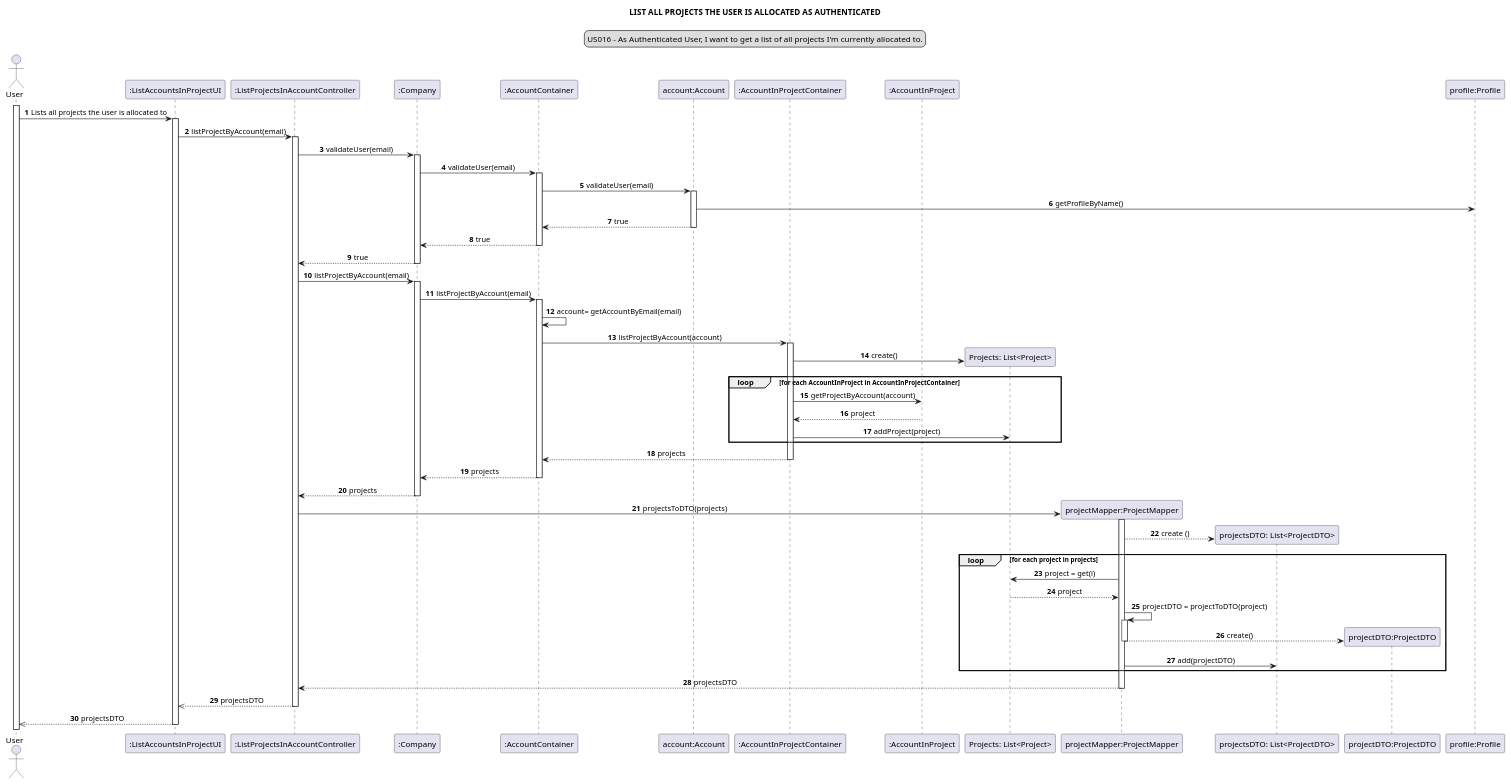
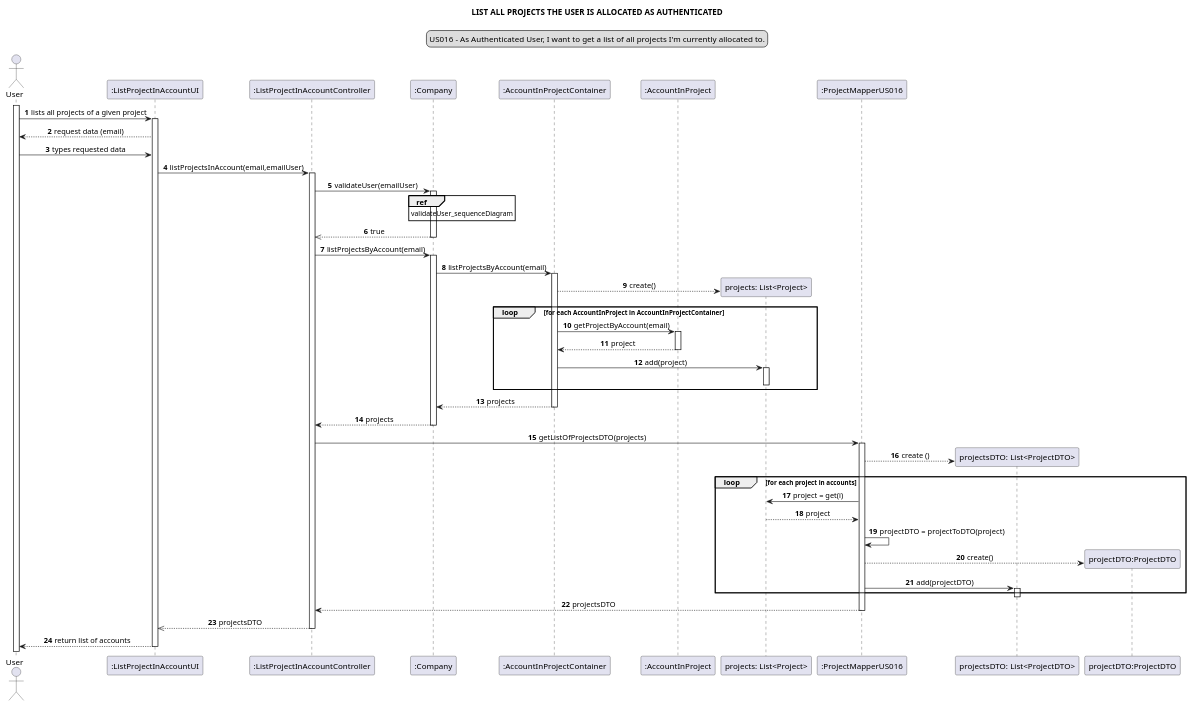
The diagram in docs/modelling_design/user_stories/sprint02/us016/US016_sequenceDiagram.puml (Loracline/project_switch_22-23), drawn with PlantUML before and after one commit. The commit also changed 2 other files, not shown here.

Commit message:
US016:Design: Class Diagram and Sequence Diagram Refinement;

```diff
--- a/docs/modelling_design/user_stories/sprint02/us016/US016_sequenceDiagram.puml
+++ b/docs/modelling_design/user_stories/sprint02/us016/US016_sequenceDiagram.puml
@@ -1,89 +1,69 @@
 @startuml
 skinparam sequenceMessageAlign center
 title LIST ALL PROJECTS THE USER IS ALLOCATED AS AUTHENTICATED
 legend top
 US016 - As Authenticated User, I want to get a list of all projects I'm currently allocated to.
 end legend
 autonumber
 actor User
-participant ":ListAccountsInProjectUI" as ui
-participant ":ListProjectsInAccountController" as controller
+participant ":ListProjectInAccountUI" as ui
+participant ":ListProjectInAccountController" as controller
 participant ":Company" as company
-participant ":AccountContainer" as container
-
-participant "account:Account" as acc
 participant ":AccountInProjectContainer" as aipc
 participant ":AccountInProject" as aip
-participant "Projects: List<Project>" as list
-participant "projectMapper:ProjectMapper" as mapper
-participant "projectsDTO: List<ProjectDTO>" as listdto
+participant "projects: List<Project>" as list
+participant ":ProjectMapperUS016" as pm
+participant "projectsDTO: List<ProjectDTO>" as listDTO
 participant "projectDTO:ProjectDTO" as DTO
-participant "profile:Profile" as pf
-
 activate User
-User -> ui: Lists all projects the user is allocated to
+User -> ui: lists all projects of a given project
 activate ui
-ui -> controller: listProjectByAccount(email)
+ui --> User: request data (email)
+User -> ui: types requested data
+ui -> controller: listProjectsInAccount(email,emailUser)
 activate controller
-controller -> company: validateUser(email)
+controller -> company: validateUser(emailUser)
 activate company
-
-company -> container: validateUser(email)
-activate container
-container -> acc: validateUser(email)
-activate acc
-acc -> pf: getProfileByName()
-acc-->container : true
-deactivate acc
-container--> company: true
-deactivate container
-company --> controller: true
+ref over company: validateUser_sequenceDiagram
+company -->> controller: true
 deactivate company
-controller -> company: listProjectByAccount(email)
+controller -> company: listProjectsByAccount(email)
 activate company
-company -> container : listProjectByAccount(email)
-activate container
-container -> container : account= getAccountByEmail(email)
-container -> aipc : listProjectByAccount(account)
+company -> aipc: listProjectsByAccount(email)
 activate aipc
-
 create list
-aipc -> list :create()
+aipc --> list :create()
 loop for each AccountInProject in AccountInProjectContainer
-aipc -> aip : getProjectByAccount(account)
+aipc -> aip : getProjectByAccount(email)
+activate aip
 aip --> aipc : project
-aipc -> list : addProject(project)
+deactivate aip
+aipc -> list : add(project)
+activate list
+deactivate list
 end loop
-aipc --> container : projects
+aipc --> company : projects
 deactivate aipc
-container --> company : projects
-deactivate container
-
-deactivate container
-
-company --> controller : projects
+company --> controller: projects
 deactivate company
-create mapper
-controller -> mapper: projectsToDTO(projects)
-deactivate company
-activate mapper
-create listdto
-mapper --> listdto : create ()
-loop for each project in projects
-mapper -> list: project = get(i)
-list --> mapper: project
-deactivate aipc
-mapper -> mapper : projectDTO = projectToDTO(project)
-activate mapper
+controller -> pm: getListOfProjectsDTO(projects)
+activate pm
+create listDTO
+pm --> listDTO: create ()
+loop for each project in accounts
+pm -> list: project = get(i)
+list --> pm: project
+pm -> pm: projectDTO = projectToDTO(project)
 create DTO
-mapper --> DTO : create()
-deactivate mapper
-mapper -> listdto :add(projectDTO)
+pm --> DTO : create()
+pm ->listDTO :add(projectDTO)
+activate listDTO
 end loop
-mapper --> controller :projectsDTO
-deactivate mapper
+deactivate listDTO
+pm --> controller :projectsDTO
+deactivate pm
 controller -->> ui: projectsDTO
 deactivate controller
-ui -->> User: projectsDTO
+ui --> User: return list of accounts
 deactivate ui
 @enduml
```
